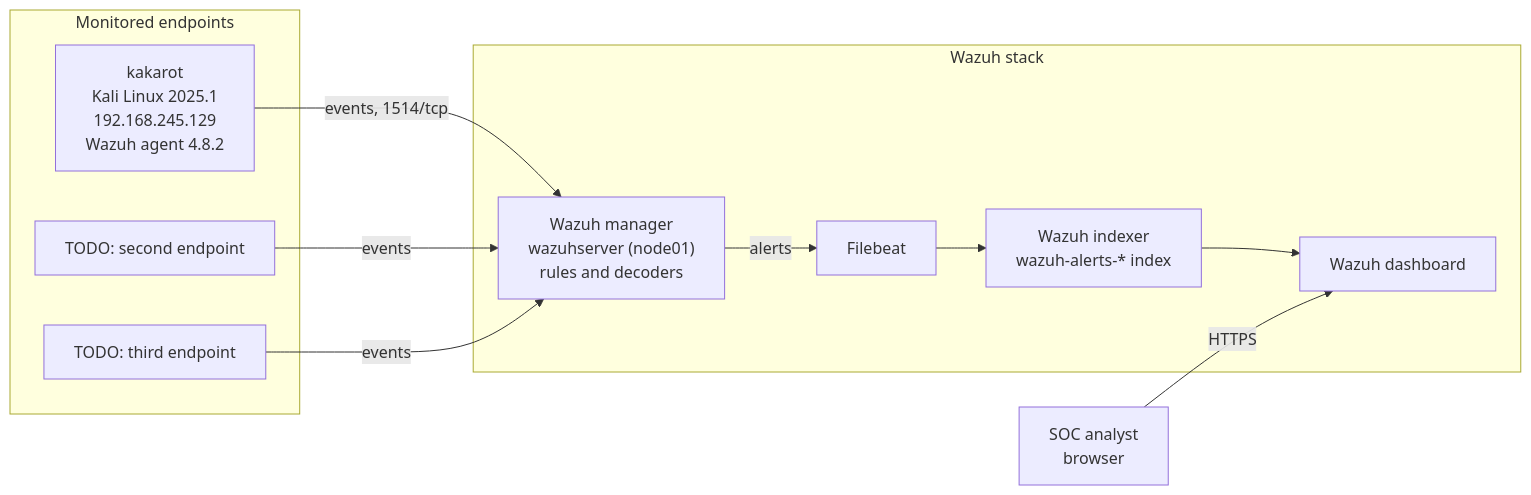
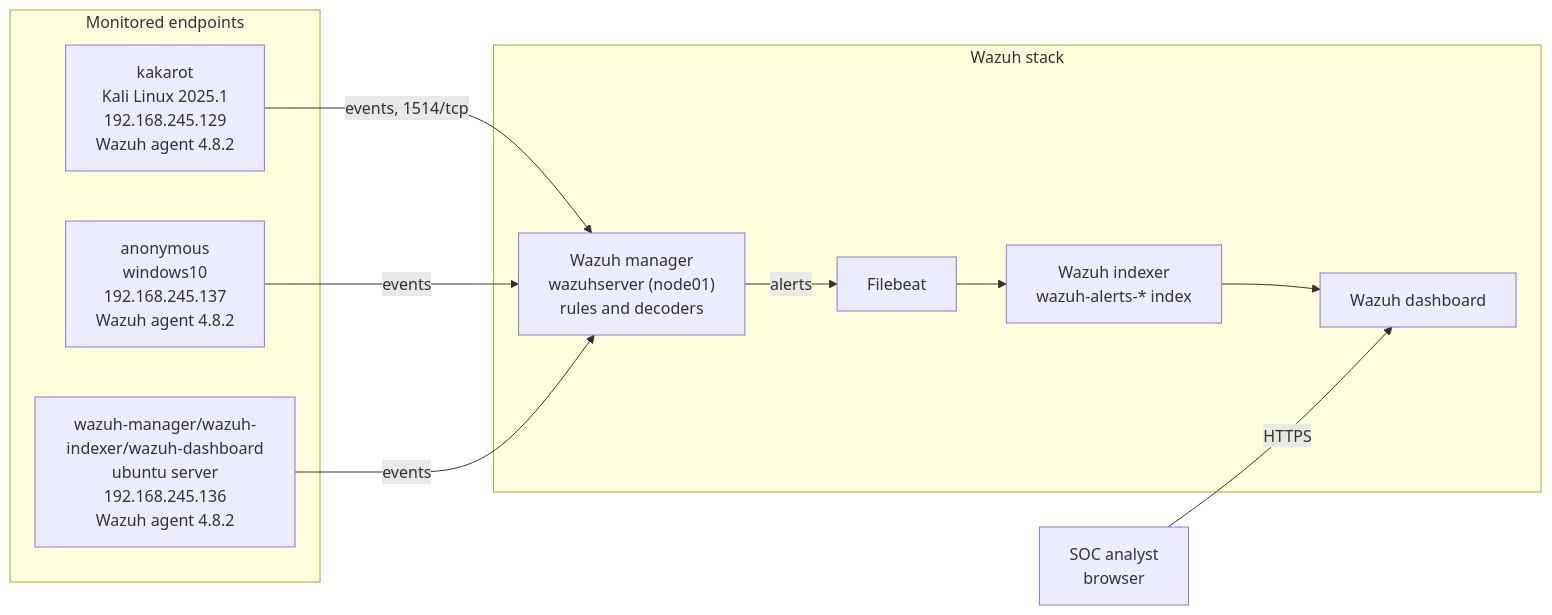
One commit to rhimavanth32-max/Home-SOC-Lab-Multi-Node-Wazuh-Deployment-for-Attack-Detection-and-Incident-Investigation changed the diagram in README.md. Above: the diagram before and after it, drawn with Mermaid. The commit also changed other lines of this file, not shown here.

````diff
--- a/README.md
+++ b/README.md
@@ -9,25 +9,25 @@
 ```mermaid
 flowchart LR
     subgraph EP["Monitored endpoints"]
         A["kakarot<br/>Kali Linux 2025.1<br/>192.168.245.129<br/>Wazuh agent 4.8.2"]
-        B["TODO: second endpoint"]
-        C["TODO: third endpoint"]
+        B["anonymous<br/>windows10<br/>192.168.245.137<br/>Wazuh agent 4.8.2"]
+        C["wazuh-manager/wazuh-indexer/wazuh-dashboard<br/>ubuntu server<br/>192.168.245.136<br/>Wazuh agent 4.8.2"]
     end
 
     subgraph WS["Wazuh stack"]
         M["Wazuh manager<br/>wazuhserver (node01)<br/>rules and decoders"]
         F["Filebeat"]
         I["Wazuh indexer<br/>wazuh-alerts-* index"]
         D["Wazuh dashboard"]
     end
 
     U["SOC analyst<br/>browser"]
 
     A -- "events, 1514/tcp" --> M
     B -- "events" --> M
     C -- "events" --> M
     M -- "alerts" --> F
     F --> I
     I --> D
     U -- "HTTPS" --> D
 ```
````
